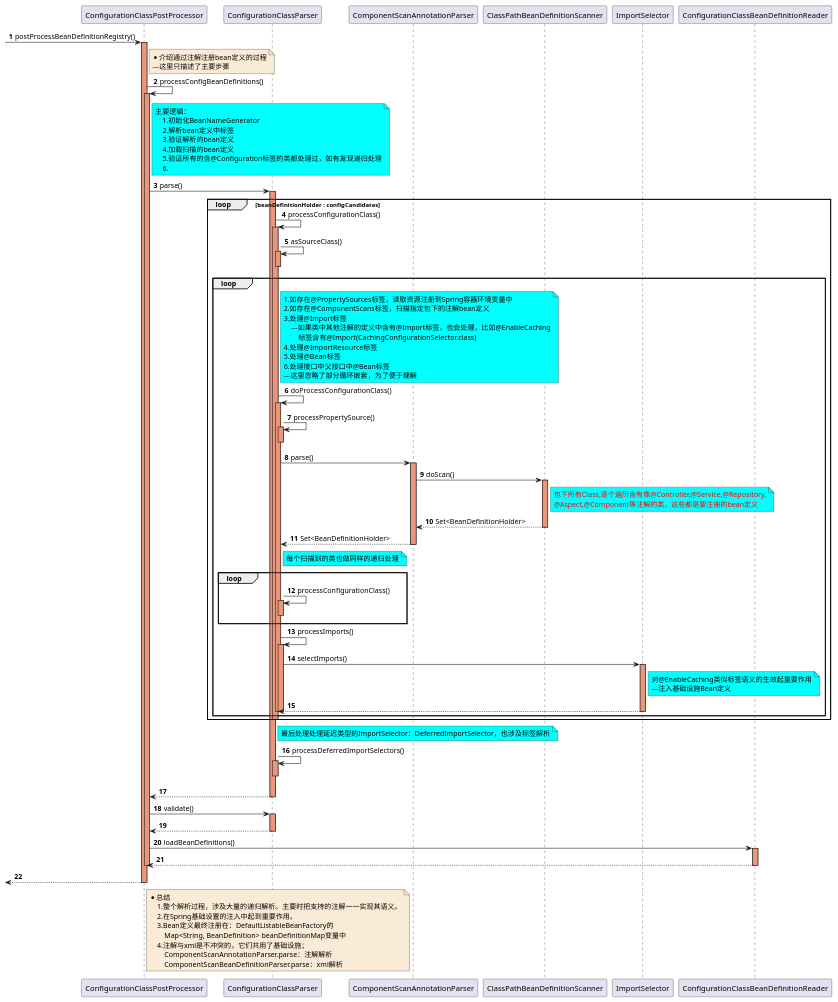
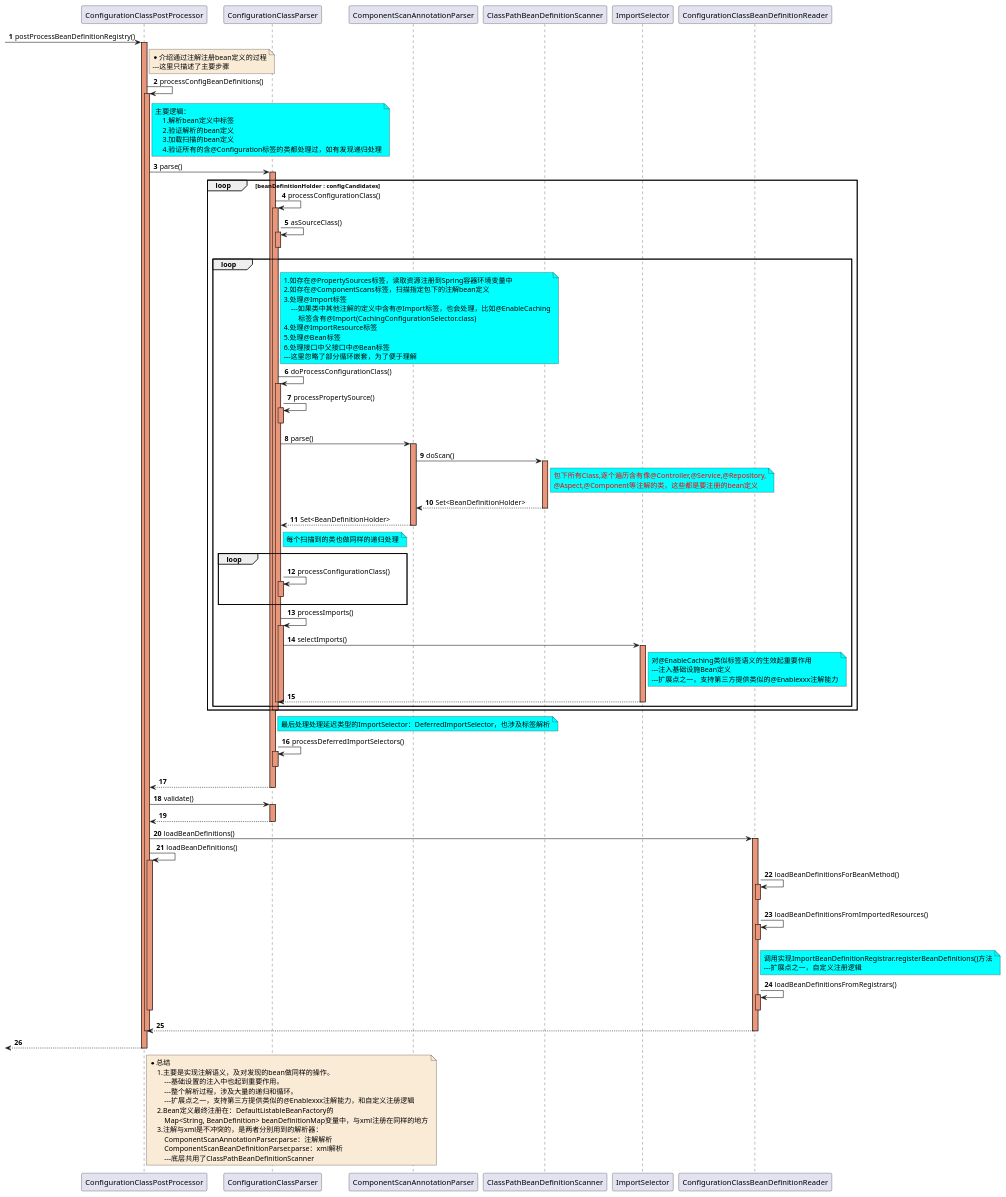
Before and after one commit to czwer/learn-spring-code: the diagram in document/spring/base/sequence/BeanDefinition-Load-1-ByAnnotation-ConfigurationClassPostProcessor_postProcessBeanDefinitionRegistry-sequence.puml, drawn with PlantUML. The commit also changed 14 other files, not shown here.

```diff
--- a/document/spring/base/sequence/BeanDefinition-Load-1-ByAnnotation-ConfigurationClassPostProcessor_postProcessBeanDefinitionRegistry-sequence.puml
+++ b/document/spring/base/sequence/BeanDefinition-Load-1-ByAnnotation-ConfigurationClassPostProcessor_postProcessBeanDefinitionRegistry-sequence.puml
@@ -1,148 +1,165 @@
 @startuml
 
 autonumber
 
 -> ConfigurationClassPostProcessor: postProcessBeanDefinitionRegistry()
 activate ConfigurationClassPostProcessor #DarkSalmon
 
     note right of ConfigurationClassPostProcessor #FAEBD7
         *介绍通过注解注册bean定义的过程
         ---这里只描述了主要步骤
     end note
 
     ConfigurationClassPostProcessor -> ConfigurationClassPostProcessor : processConfigBeanDefinitions()
     activate ConfigurationClassPostProcessor #DarkSalmon
 
         note right of ConfigurationClassPostProcessor #aqua
             主要逻辑：
-                1.初始化BeanNameGenerator
-                2.解析bean定义中标签
-                3.验证解析的bean定义
-                4.加载扫描的bean定义
-                5.验证所有的含@Configuration标签的类都处理过，如有发现递归处理
-                6.
+                1.解析bean定义中标签
+                2.验证解析的bean定义
+                3.加载扫描的bean定义
+                4.验证所有的含@Configuration标签的类都处理过，如有发现递归处理
         end note
 
         ConfigurationClassPostProcessor -> ConfigurationClassParser: parse()
         activate ConfigurationClassParser #DarkSalmon
 
             loop beanDefinitionHolder : configCandidates
                 ConfigurationClassParser -> ConfigurationClassParser : processConfigurationClass()
                 activate ConfigurationClassParser #DarkSalmon
 
                     ConfigurationClassParser -> ConfigurationClassParser : asSourceClass()
                     activate ConfigurationClassParser #DarkSalmon
                     deactivate ConfigurationClassParser
 
                     loop
                         note right of ConfigurationClassParser #aqua
                             1.如存在@PropertySources标签，读取资源注册到Spring容器环境变量中
                             2.如存在@ComponentScans标签，扫描指定包下的注解bean定义
                             3.处理@Import标签
                                 ---如果类中其他注解的定义中含有@Import标签，也会处理，比如@EnableCaching
                                     标签含有@Import(CachingConfigurationSelector.class)
                             4.处理@ImportResource标签
                             5.处理@Bean标签
                             6.处理接口中父接口中@Bean标签
                             ---这里忽略了部分循环嵌套，为了便于理解
                         end note
 
                         ConfigurationClassParser -> ConfigurationClassParser : doProcessConfigurationClass()
                         activate ConfigurationClassParser #DarkSalmon
 
                             ConfigurationClassParser -> ConfigurationClassParser : processPropertySource()
                             activate ConfigurationClassParser #DarkSalmon
                             deactivate ConfigurationClassParser
 
 
                             ConfigurationClassParser -> ComponentScanAnnotationParser: parse()
                             activate ComponentScanAnnotationParser #DarkSalmon
 
                                 ComponentScanAnnotationParser -> ClassPathBeanDefinitionScanner: doScan()
                                 activate ClassPathBeanDefinitionScanner #DarkSalmon
                                     note right of ClassPathBeanDefinitionScanner #aqua
                                         <font color=red>包下所有Class,逐个遍历含有像@Controller,@Service,@Repository,</font>
                                         <font color=red>@Aspect,@Component等注解的类，这些都是要注册的bean定义</font>
                                     end note
                                 ClassPathBeanDefinitionScanner --> ComponentScanAnnotationParser : Set<BeanDefinitionHolder>
                                 deactivate ClassPathBeanDefinitionScanner
 
                             ComponentScanAnnotationParser --> ConfigurationClassParser : Set<BeanDefinitionHolder>
                             deactivate ComponentScanAnnotationParser
 
                             note right of ConfigurationClassParser #aqua
                                 每个扫描到的类也做同样的递归处理
                             end note
                             loop
                                 ConfigurationClassParser -> ConfigurationClassParser : processConfigurationClass()
                                 activate ConfigurationClassParser #DarkSalmon
 
                                 deactivate ConfigurationClassParser
                             end
 
                             ConfigurationClassParser -> ConfigurationClassParser : processImports()
                             activate ConfigurationClassParser #DarkSalmon
 
                                 ConfigurationClassParser -> ImportSelector : selectImports()
                                 activate ImportSelector #DarkSalmon
                                     note right of ImportSelector #aqua
                                         对@EnableCaching类似标签语义的生效起重要作用
                                         ---注入基础设施Bean定义
+                                        ---扩展点之一，支持第三方提供类似的@Enablexxx注解能力
                                     end note
                                 ImportSelector --> ConfigurationClassParser
                                 deactivate ImportSelector
 
 
                             deactivate ConfigurationClassParser
 
 
                         deactivate ConfigurationClassParser
                     end
 
                 deactivate ConfigurationClassParser
             end
 
             note right of ConfigurationClassParser #aqua
                 最后处理处理延迟类型的ImportSelector：DeferredImportSelector，也涉及标签解析
             end note
             ConfigurationClassParser -> ConfigurationClassParser : processDeferredImportSelectors()
             activate ConfigurationClassParser #DarkSalmon
             deactivate ConfigurationClassParser
 
         ConfigurationClassParser --> ConfigurationClassPostProcessor
         deactivate ConfigurationClassParser
 
         ConfigurationClassPostProcessor -> ConfigurationClassParser: validate()
         activate ConfigurationClassParser #DarkSalmon
         ConfigurationClassParser --> ConfigurationClassPostProcessor
         deactivate ConfigurationClassParser
 
         ConfigurationClassPostProcessor -> ConfigurationClassBeanDefinitionReader: loadBeanDefinitions()
         activate ConfigurationClassBeanDefinitionReader #DarkSalmon
+
+            ConfigurationClassPostProcessor -> ConfigurationClassPostProcessor: loadBeanDefinitions()
+            activate ConfigurationClassPostProcessor #DarkSalmon
+
+                ConfigurationClassBeanDefinitionReader -> ConfigurationClassBeanDefinitionReader: loadBeanDefinitionsForBeanMethod()
+                activate ConfigurationClassBeanDefinitionReader #DarkSalmon
+                deactivate ConfigurationClassBeanDefinitionReader
+
+                ConfigurationClassBeanDefinitionReader -> ConfigurationClassBeanDefinitionReader: loadBeanDefinitionsFromImportedResources()
+                activate ConfigurationClassBeanDefinitionReader #DarkSalmon
+                deactivate ConfigurationClassBeanDefinitionReader
+
+                note right of ConfigurationClassBeanDefinitionReader #aqua
+                    调用实现ImportBeanDefinitionRegistrar.registerBeanDefinitions()方法
+                    ---扩展点之一，自定义注册逻辑
+                end note
+                ConfigurationClassBeanDefinitionReader -> ConfigurationClassBeanDefinitionReader: loadBeanDefinitionsFromRegistrars()
+                activate ConfigurationClassBeanDefinitionReader #DarkSalmon
+                deactivate ConfigurationClassBeanDefinitionReader
+
+            deactivate ConfigurationClassPostProcessor
+
         ConfigurationClassBeanDefinitionReader --> ConfigurationClassPostProcessor
         deactivate ConfigurationClassBeanDefinitionReader
 
-
     deactivate ConfigurationClassPostProcessor
-
-
-
-
-
-
 
 <-- ConfigurationClassPostProcessor
 deactivate ConfigurationClassPostProcessor
 
 note right of ConfigurationClassPostProcessor #FAEBD7
 *总结
-    1.整个解析过程，涉及大量的递归解析。主要时把支持的注解一一实现其语义。
-    2.在Spring基础设置的注入中起到重要作用。
-    3.Bean定义最终注册在：DefaultListableBeanFactory的
-        Map<String, BeanDefinition> beanDefinitionMap变量中
-    4.注解与xml是不冲突的，它们共用了基础设施；
+    1.主要是实现注解语义，及对发现的bean做同样的操作。
+        ---基础设置的注入中也起到重要作用。
+        ---整个解析过程，涉及大量的递归和循环。
+        ---扩展点之一，支持第三方提供类似的@Enablexxx注解能力，和自定义注册逻辑
+    2.Bean定义最终注册在：DefaultListableBeanFactory的
+        Map<String, BeanDefinition> beanDefinitionMap变量中，与xml注册在同样的地方
+    3.注解与xml是不冲突的，是两者分别用到的解析器：
         ComponentScanAnnotationParser.parse：注解解析
         ComponentScanBeanDefinitionParser.parse：xml解析
+        ---底层共用了ClassPathBeanDefinitionScanner
 end note
 
 @enduml
```
